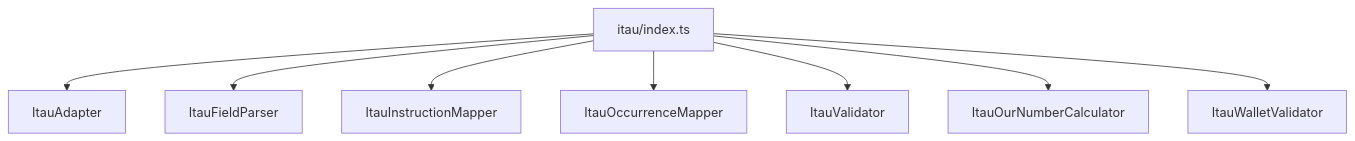
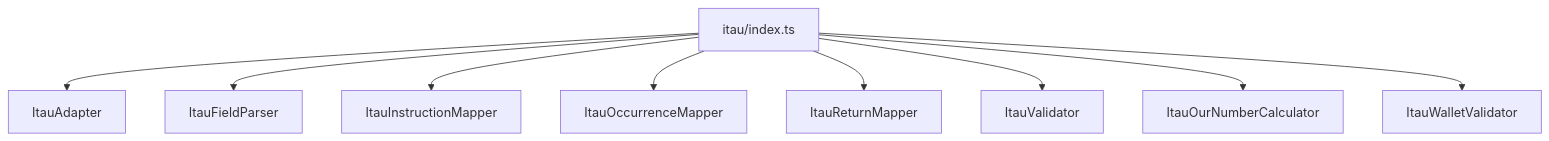
One commit to linkiez/BoletoSDK changed the diagram in src/adapters/itau/index.doc.md. Above: the diagram before and after it, drawn with Mermaid. The commit also changed other lines of this file and 17 other files, not shown here.

Commit message:
feat: expand itau return enrichment and normalization

````diff
--- a/src/adapters/itau/index.doc.md
+++ b/src/adapters/itau/index.doc.md
@@ -30,10 +31,11 @@
 ```mermaid
 flowchart TD
   A[itau/index.ts] --> B[ItauAdapter]
   A --> C[ItauFieldParser]
   A --> D[ItauInstructionMapper]
   A --> E[ItauOccurrenceMapper]
-  A --> F[ItauValidator]
-  A --> G[ItauOurNumberCalculator]
-  A --> H[ItauWalletValidator]
+  A --> F[ItauReturnMapper]
+  A --> G[ItauValidator]
+  A --> H[ItauOurNumberCalculator]
+  A --> I[ItauWalletValidator]
 ```
````
